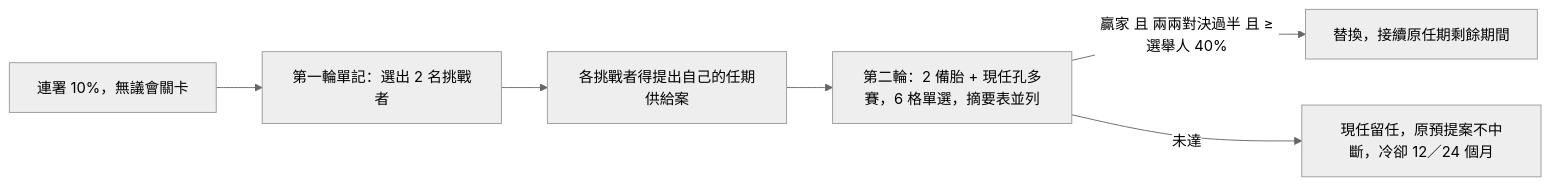
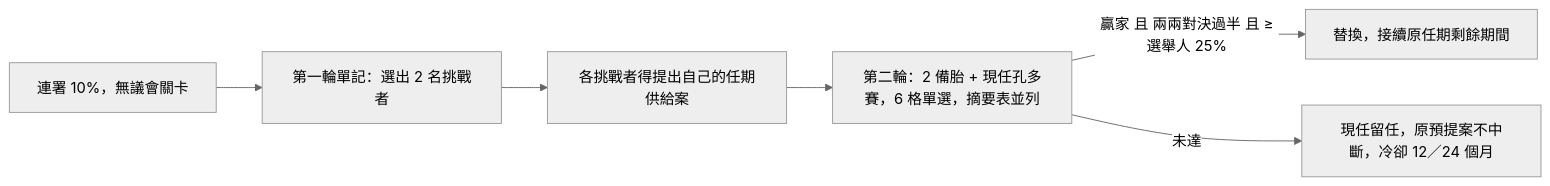
The ninth of 11 diagrams in topics/regime-designs/designs/俄羅斯/一院總統制/憲政架構圖.md (IRonROOT578/Political-Economy-Research-Public), drawn with Mermaid (neutral theme) before and after one commit. The commit also changed 24 other files, not shown here.

````diff
--- a/topics/regime-designs/designs/俄羅斯/一院總統制/憲政架構圖.md
+++ b/topics/regime-designs/designs/俄羅斯/一院總統制/憲政架構圖.md
@@ -119,8 +119,8 @@
 ```mermaid
 flowchart LR
   Sign[連署 10%，無議會關卡] --> R1[第一輪單記：選出 2 名挑戰者]
   R1 --> Bud[各挑戰者得提出自己的任期供給案]
   Bud --> R2[第二輪：2 備胎 + 現任孔多賽，6 格單選，摘要表並列]
-  R2 -->|贏家 且 兩兩對決過半 且 ≥選舉人 40%| Change[替換，接續原任期剩餘期間]
+  R2 -->|贏家 且 兩兩對決過半 且 ≥選舉人 25%| Change[替換，接續原任期剩餘期間]
   R2 -->|未達| Stay[現任留任，原預提案不中斷，冷卻 12／24 個月]
 ```
````
